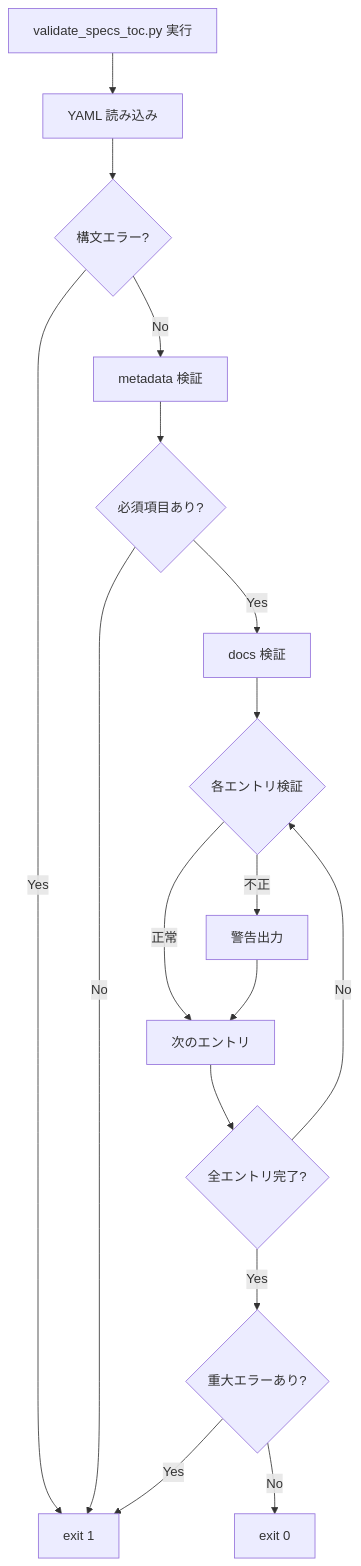
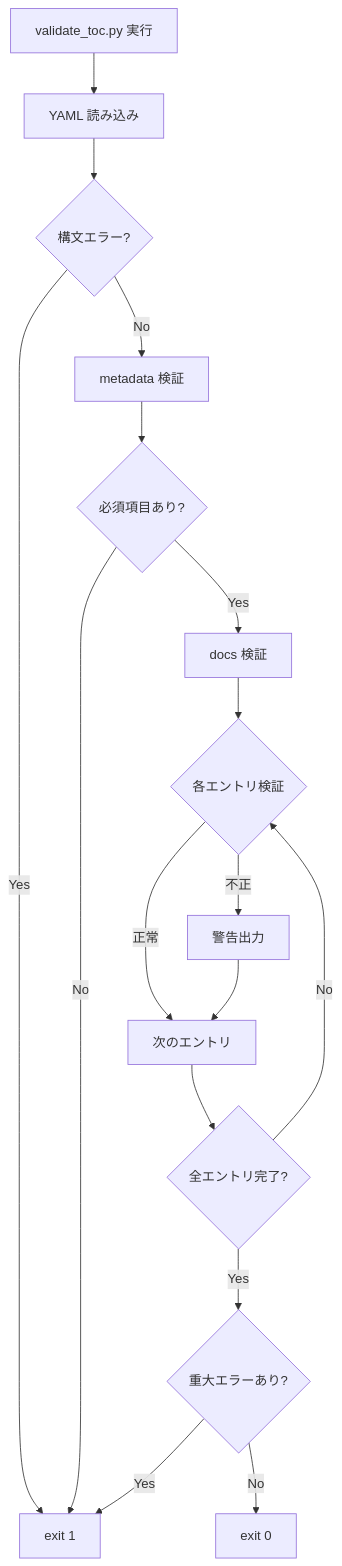
Before and after one commit to BlueEventHorizon/DocAdvisor-CC: the ninth of 10 diagrams in specs/design/DES-005_toc_generation_flow.md, drawn with Mermaid. The commit also changed other lines of this file and 3 other files, not shown here.

````diff
--- a/specs/design/DES-005_toc_generation_flow.md
+++ b/specs/design/DES-005_toc_generation_flow.md
@@ -437,19 +437,19 @@
 ```mermaid
 flowchart TD
-    A[validate_specs_toc.py 実行] --> B[YAML 読み込み]
+    A[validate_toc.py 実行] --> B[YAML 読み込み]
     B --> C{構文エラー?}
     C -->|Yes| Z[exit 1]
     C -->|No| D[metadata 検証]
     D --> E{必須項目あり?}
     E -->|No| Z
     E -->|Yes| F[docs 検証]
     F --> G{各エントリ検証}
     G -->|不正| H[警告出力]
     G -->|正常| I[次のエントリ]
     H --> I
     I --> J{全エントリ完了?}
     J -->|No| G
     J -->|Yes| K{重大エラーあり?}
     K -->|Yes| Z
     K -->|No| L[exit 0]
 ```
````
